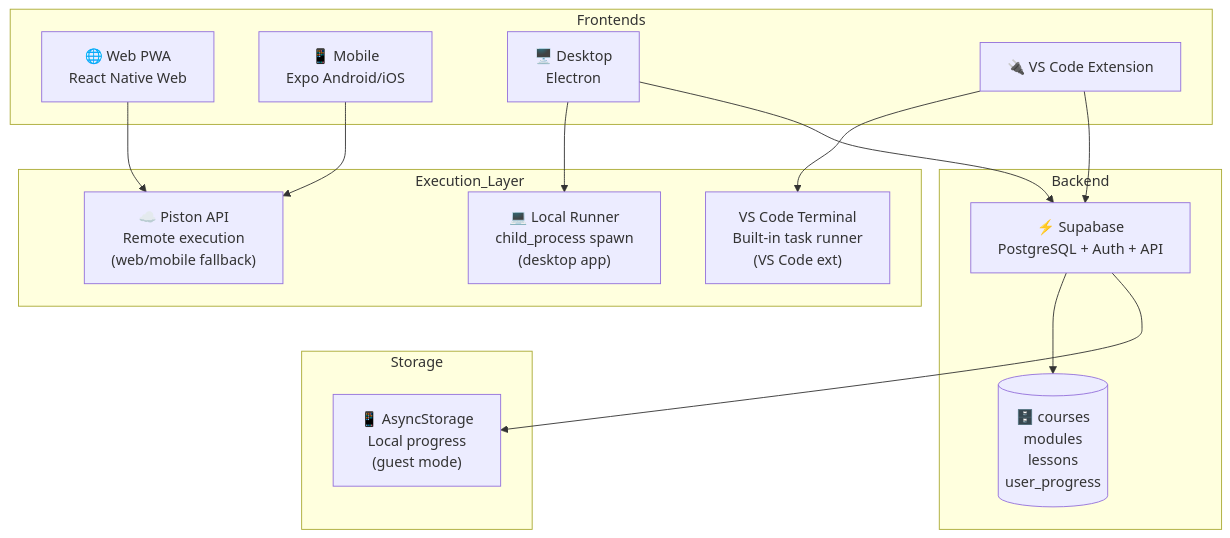
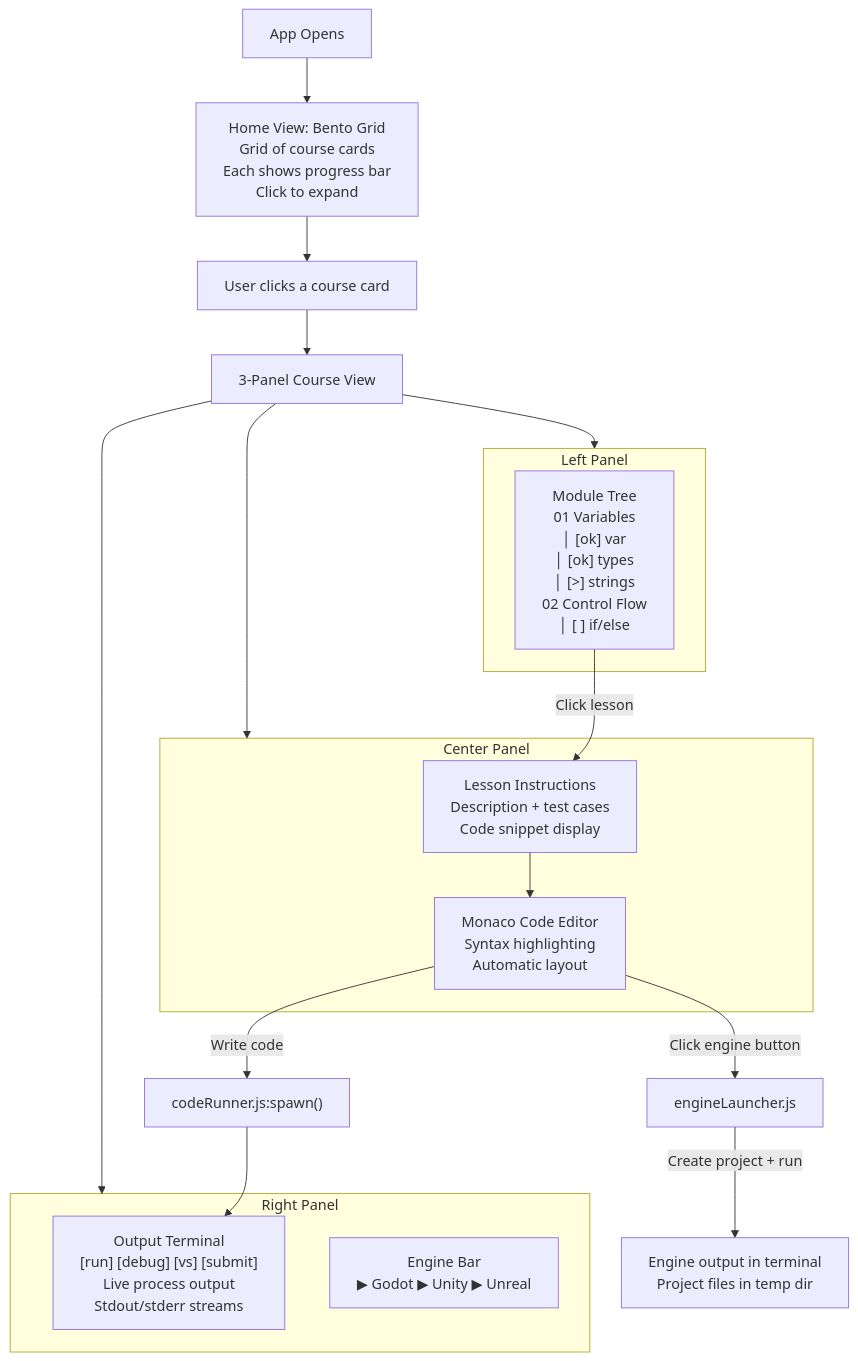
Before and after one commit to 0giinn0/KidhrCode: the second of 5 diagrams in README.md, drawn with Mermaid. The commit also changed other lines of this file, not shown here.

First line of the commit message:
Update README with desktop app architecture, bento layout, and game engine integration docs

````diff
--- a/README.md
+++ b/README.md
@@ -77,33 +140,34 @@
 ```mermaid
 graph TB
-    subgraph Frontends
-        WEB["🌐 Web PWA<br/>React Native Web"]
-        MOBILE["📱 Mobile<br/>Expo Android/iOS"]
-        DESKTOP["🖥️ Desktop<br/>Electron"]
-        VSCODE["🔌 VS Code Extension"]
+    START["App Opens"] --> HOME["Home View: Bento Grid<br/>Grid of course cards<br/>Each shows progress bar<br/>Click to expand"]
+
+    HOME --> CLICK["User clicks a course card"]
+
+    CLICK --> THREEPANEL["3-Panel Course View"]
+
+    subgraph LP["Left Panel"]
+        MODULES["Module Tree<br/>01 Variables<br/>│ [ok] var<br/>│ [ok] types<br/>│ [>] strings<br/>02 Control Flow<br/>│ [ ] if/else"]
     end
 
-    subgraph Execution_Layer
-        PISTON["☁️ Piston API<br/>Remote execution<br/>(web/mobile fallback)"]
-        LOCAL["💻 Local Runner<br/>child_process spawn<br/>(desktop app)"]
-        VSTERM["VS Code Terminal<br/>Built-in task runner<br/>(VS Code ext)"]
+    subgraph CP["Center Panel"]
+        INSTRUCTIONS["Lesson Instructions<br/>Description + test cases<br/>Code snippet display"]
+        EDITOR["Monaco Code Editor<br/>Syntax highlighting<br/>Automatic layout"]
     end
 
-    subgraph Backend
-        SUPABASE["⚡ Supabase<br/>PostgreSQL + Auth + API"]
-        SUPABASE --> DB[("🗄️ courses<br/>modules<br/>lessons<br/>user_progress")]
+    subgraph RP["Right Panel"]
+        OUTPUT["Output Terminal<br/>[run] [debug] [vs] [submit]<br/>Live process output<br/>Stdout/stderr streams"]
+        ENGINES["Engine Bar<br/>▶ Godot ▶ Unity ▶ Unreal"]
     end
 
-    subgraph Storage
-        ASYNC["📱 AsyncStorage<br/>Local progress<br/>(guest mode)"]
-    end
+    THREEPANEL --> LP
+    THREEPANEL --> CP
+    THREEPANEL --> RP
 
-    WEB --> PISTON
-    MOBILE --> PISTON
-    DESKTOP --> LOCAL
-    DESKTOP --> SUPABASE
-    VSCODE --> VSTERM
-    VSCODE --> SUPABASE
+    MODULES -->|Click lesson| INSTRUCTIONS
+    INSTRUCTIONS --> EDITOR
+    EDITOR -->|Write code| RUNNER_2["codeRunner.js:spawn()"]
+    RUNNER_2 --> OUTPUT
 
-    SUPABASE --> ASYNC
+    EDITOR -->|Click engine button| ENGINELAUNCH["engineLauncher.js"]
+    ENGINELAUNCH -->|Create project + run| ENGINE_RESULT["Engine output in terminal<br/>Project files in temp dir"]
 ```
````
